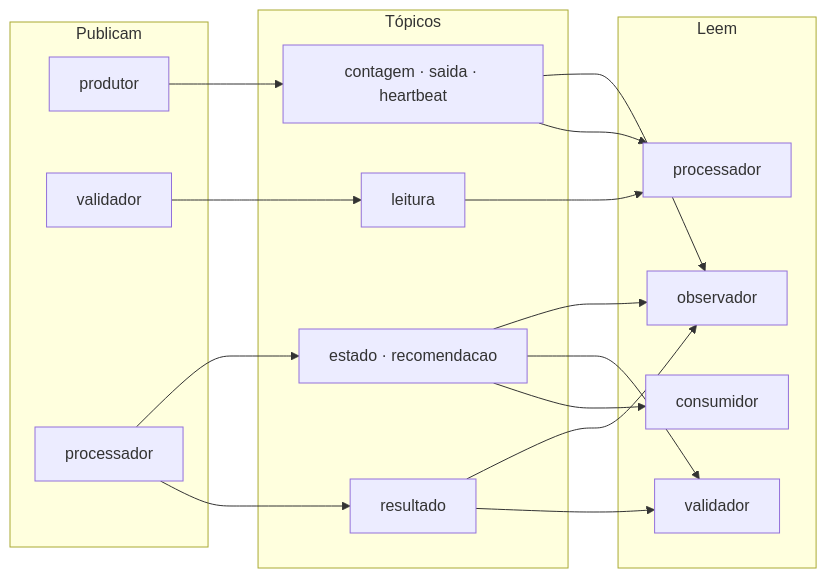
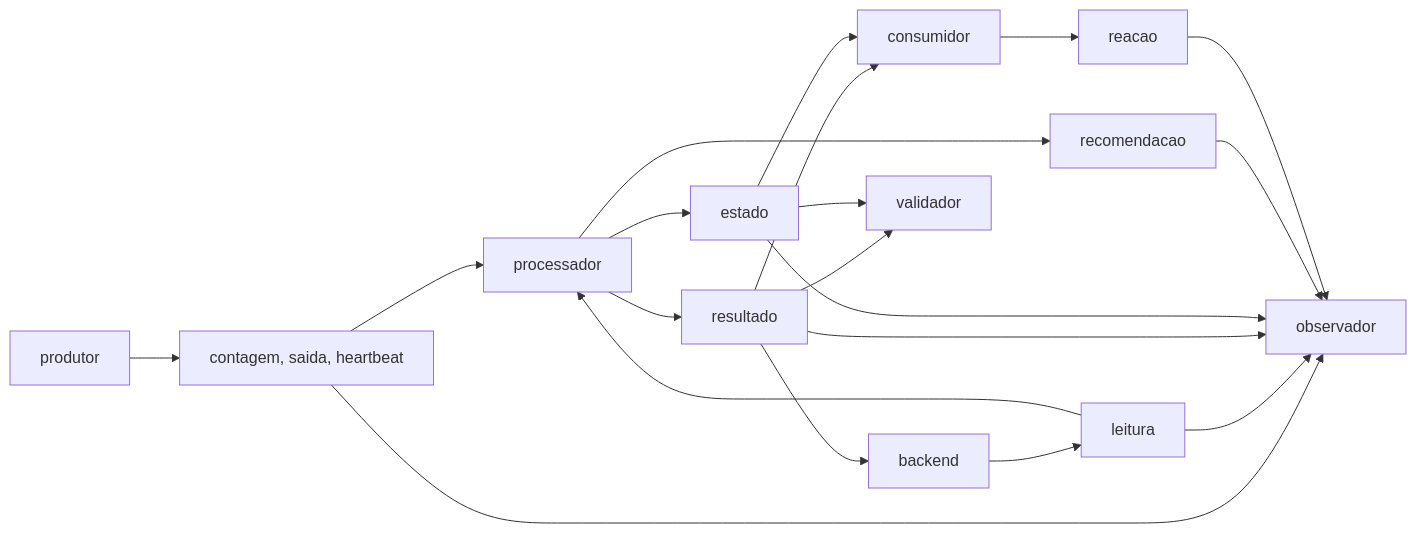
One commit to UFG-INF-SSU-2026/Leite-de-Pedra changed the fifth of 8 diagrams in docs/ARQUITETURA.md. Above: the diagram before and after it, drawn with Mermaid. The commit also changed other lines of this file and 7 other files, not shown here.

````diff
--- a/docs/ARQUITETURA.md
+++ b/docs/ARQUITETURA.md
@@ -281,34 +289,23 @@
 ```mermaid
 flowchart LR
-    subgraph Publicam
-        P[produtor]
-        V[validador]
-        C1[processador]
-    end
-    subgraph Tópicos
-        T1[contagem · saida · heartbeat]
-        T2[leitura]
-        T3[resultado]
-        T4[estado · recomendacao]
-    end
-    subgraph Leem
-        C2[processador]
-        V2[validador]
-        S[consumidor]
-        O[observador]
-    end
+    produtor --> mov["contagem, saida, heartbeat"]
+    backend --> lei[leitura]
+    processador --> res[resultado]
+    processador --> est[estado]
+    processador --> rec[recomendacao]
+    consumidor --> rea[reacao]
 
-    P --> T1
-    V --> T2
-    C1 --> T3
-    C1 --> T4
-
-    T1 --> C2
-    T1 --> O
-    T2 --> C2
-    T3 --> V2
-    T3 --> O
-    T4 --> S
-    T4 --> V2
-    T4 --> O
+    mov --> processador
+    mov --> observador
+    lei --> processador
+    lei --> observador
+    res --> backend
+    res --> consumidor
+    res --> validador
+    res --> observador
+    est --> consumidor
+    est --> validador
+    est --> observador
+    rec --> observador
+    rea --> observador
 ```
````
